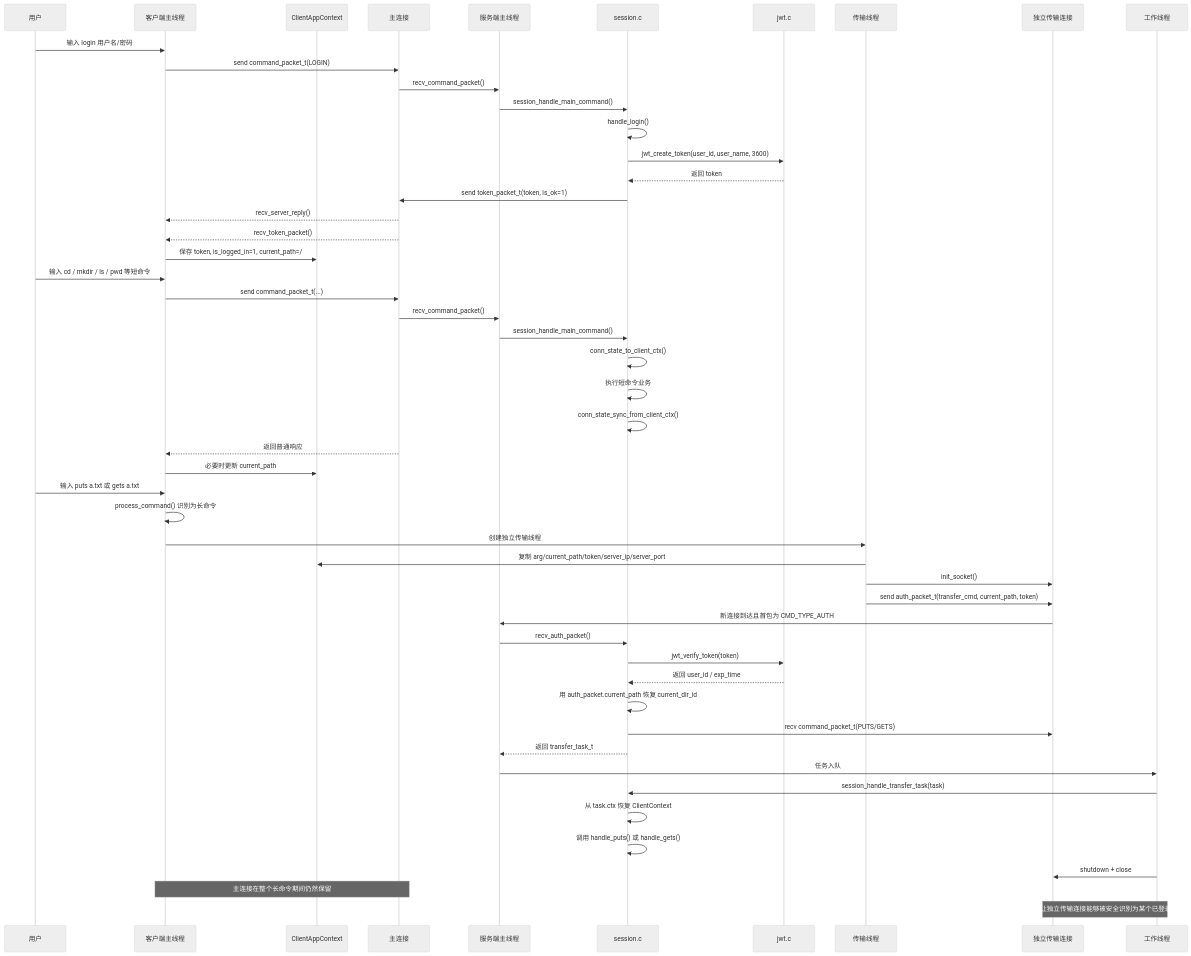
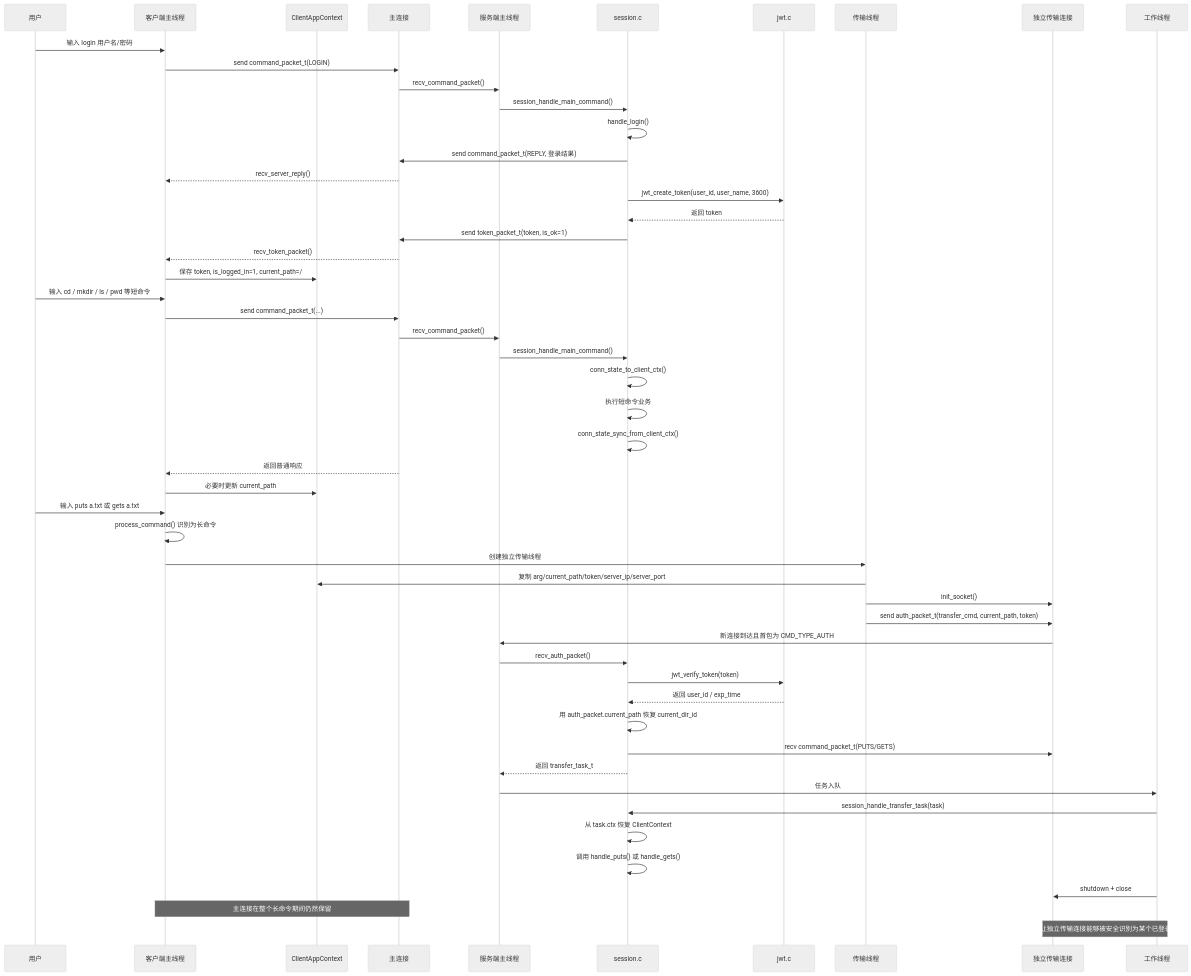
Before and after one commit to panlong-studio/WindCloud_V4: the second of 3 diagrams in docs/V4长短命令分离与JWT协同详解.md, drawn with Mermaid (neutral theme). The commit also changed other lines of this file, not shown here.

````diff
--- a/docs/V4长短命令分离与JWT协同详解.md
+++ b/docs/V4长短命令分离与JWT协同详解.md
@@ -237,59 +237,60 @@
 ```mermaid
 sequenceDiagram
     participant U as 用户
     participant CMain as 客户端主线程
     participant AppCtx as ClientAppContext
     participant MainConn as 主连接
     participant SMain as 服务端主线程
     participant Sess as session.c
     participant JWT as jwt.c
     participant CThread as 传输线程
     participant TransConn as 独立传输连接
     participant Worker as 工作线程
 
     U->>CMain: 输入 login 用户名/密码
     CMain->>MainConn: send command_packet_t(LOGIN)
     MainConn->>SMain: recv_command_packet()
     SMain->>Sess: session_handle_main_command()
     Sess->>Sess: handle_login()
+    Sess->>MainConn: send command_packet_t(REPLY, 登录结果)
+    MainConn-->>CMain: recv_server_reply()
     Sess->>JWT: jwt_create_token(user_id, user_name, 3600)
     JWT-->>Sess: 返回 token
     Sess->>MainConn: send token_packet_t(token, is_ok=1)
-    MainConn-->>CMain: recv_server_reply()
     MainConn-->>CMain: recv_token_packet()
     CMain->>AppCtx: 保存 token, is_logged_in=1, current_path=/
 
     U->>CMain: 输入 cd / mkdir / ls / pwd 等短命令
     CMain->>MainConn: send command_packet_t(...)
     MainConn->>SMain: recv_command_packet()
     SMain->>Sess: session_handle_main_command()
     Sess->>Sess: conn_state_to_client_ctx()
     Sess->>Sess: 执行短命令业务
     Sess->>Sess: conn_state_sync_from_client_ctx()
     MainConn-->>CMain: 返回普通响应
     CMain->>AppCtx: 必要时更新 current_path
 
     U->>CMain: 输入 puts a.txt 或 gets a.txt
     CMain->>CMain: process_command() 识别为长命令
     CMain->>CThread: 创建独立传输线程
     CThread->>AppCtx: 复制 arg/current_path/token/server_ip/server_port
     CThread->>TransConn: init_socket()
     CThread->>TransConn: send auth_packet_t(transfer_cmd, current_path, token)
 
     TransConn->>SMain: 新连接到达且首包为 CMD_TYPE_AUTH
     SMain->>Sess: recv_auth_packet()
     Sess->>JWT: jwt_verify_token(token)
     JWT-->>Sess: 返回 user_id / exp_time
     Sess->>Sess: 用 auth_packet.current_path 恢复 current_dir_id
     Sess->>TransConn: recv command_packet_t(PUTS/GETS)
     Sess-->>SMain: 返回 transfer_task_t
     SMain->>Worker: 任务入队
 
     Worker->>Sess: session_handle_transfer_task(task)
     Sess->>Sess: 从 task.ctx 恢复 ClientContext
     Sess->>Sess: 调用 handle_puts() 或 handle_gets()
     Worker->>TransConn: shutdown + close
 
     Note over MainConn,CMain: 主连接在整个长命令期间仍然保留
     Note over TransConn,Worker: JWT 让独立传输连接能够被安全识别为某个已登录用户
 ```
````
